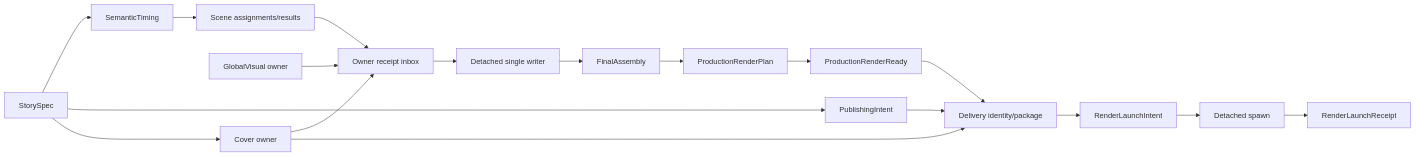
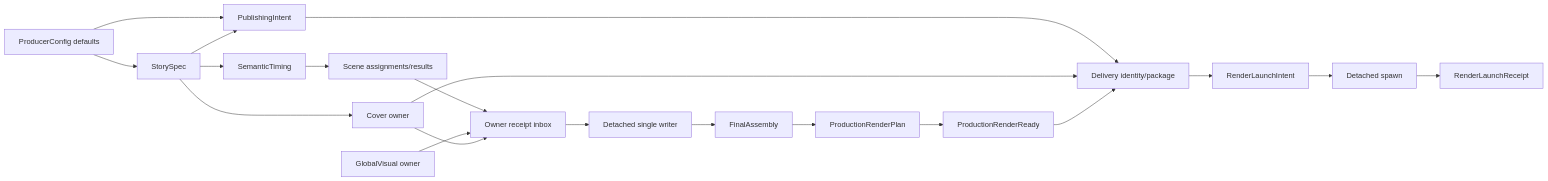
One commit to AXMORF/axmorf-studio changed the diagram in docs/ARCHITECTURE.md. Above: the diagram before and after it, drawn with Mermaid. The commit also changed other lines of this file and 64 other files, not shown here.

Commit message:
feat: add unified producer config console

````diff
--- a/docs/ARCHITECTURE.md
+++ b/docs/ARCHITECTURE.md
@@ -30,20 +32,22 @@
 ```mermaid
 flowchart LR
+    Config["ProducerConfig defaults"] --> Story
+    Config --> Publish
     Story["StorySpec"] --> Timing["SemanticTiming"]
     Story --> Publish["PublishingIntent"]
     Timing --> Scene["Scene assignments/results"]
     Scene --> Receipts["Owner receipt inbox"]
     Global["GlobalVisual owner"] --> Receipts
     Cover["Cover owner"] --> Receipts
     Receipts --> Watcher["Detached single writer"]
     Watcher --> Assembly["FinalAssembly"]
     Assembly --> Plan["ProductionRenderPlan"]
     Plan --> Ready["ProductionRenderReady"]
     Story --> Cover
     Publish --> Delivery["Delivery identity/package"]
     Cover --> Delivery
     Ready --> Delivery
     Delivery --> Intent["RenderLaunchIntent"]
     Intent --> Spawn["Detached spawn"]
     Spawn --> Receipt["RenderLaunchReceipt"]
 ```
````
